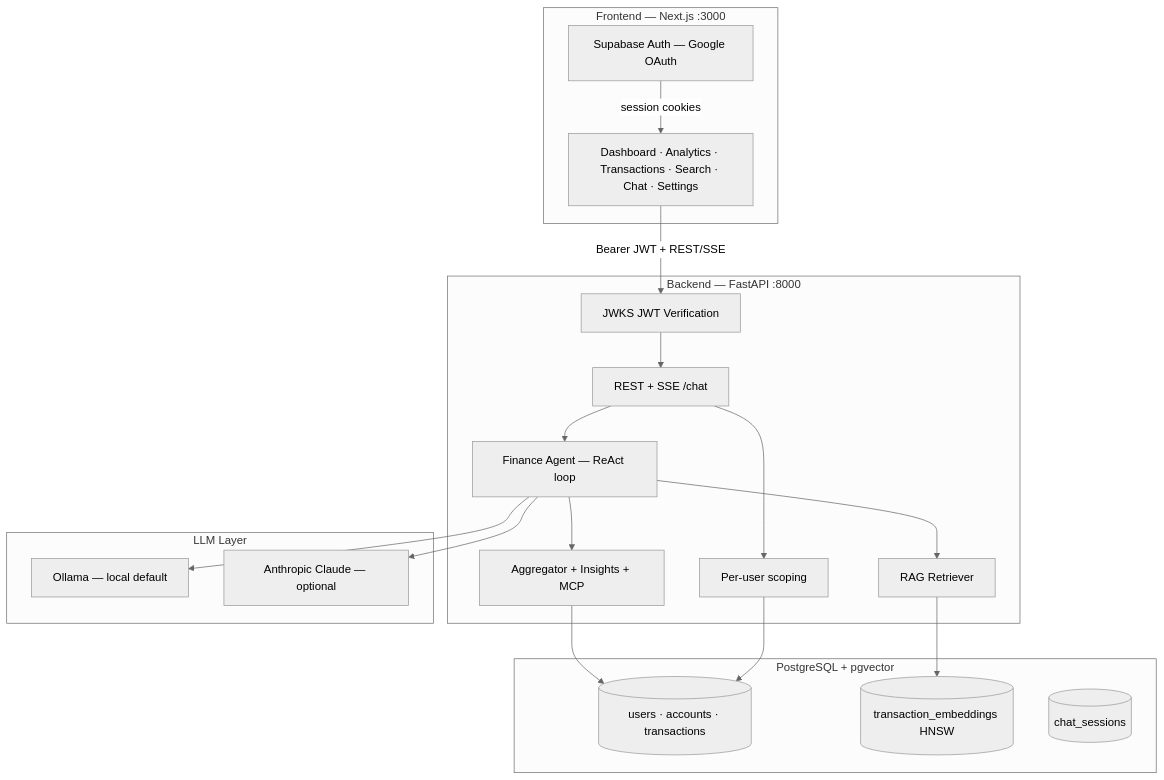
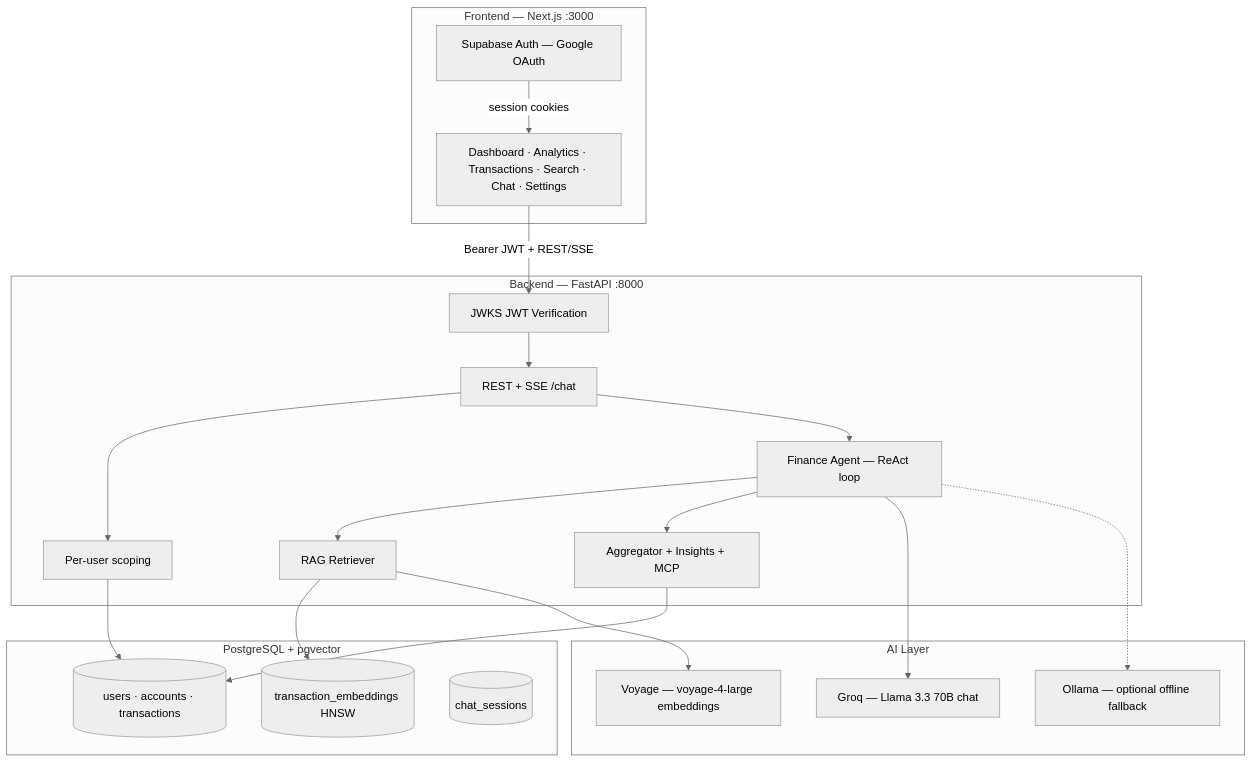
Before and after one commit to Arsalan-05/FinSight_AI: the diagram in DOCUMENTATION.md, drawn with Mermaid (neutral theme). The commit also changed other lines of this file and 5 other files, not shown here.

First line of the commit message:
docs: v1.5.0 — production primary, local dev workshop, Groq+Voyage stack

````diff
--- a/DOCUMENTATION.md
+++ b/DOCUMENTATION.md
@@ -162,40 +181,42 @@
 ```mermaid
 flowchart TB
     subgraph client [Frontend — Next.js :3000]
         UI[Dashboard · Analytics · Transactions · Search · Chat · Settings]
         AuthUI[Supabase Auth — Google OAuth]
     end
 
     subgraph api [Backend — FastAPI :8000]
         JWT[JWKS JWT Verification]
         Routes[REST + SSE /chat]
         Scope[Per-user scoping]
         Agent[Finance Agent — ReAct loop]
         RAG[RAG Retriever]
         Tools[Aggregator + Insights + MCP]
     end
 
     subgraph data [PostgreSQL + pgvector]
         Rel[(users · accounts · transactions)]
         Vec[(transaction_embeddings HNSW)]
         Sessions[(chat_sessions)]
     end
 
-    subgraph llm [LLM Layer]
-        Ollama[Ollama — local default]
-        Claude[Anthropic Claude — optional]
+    subgraph llm [AI Layer]
+        Groq[Groq — Llama 3.3 70B chat]
+        Voyage[Voyage — voyage-4-large embeddings]
+        Ollama[Ollama — optional offline fallback]
     end
 
     AuthUI -->|session cookies| UI
     UI -->|Bearer JWT + REST/SSE| JWT
     JWT --> Routes
     Routes --> Scope
     Scope --> Rel
     Routes --> Agent
     Agent --> RAG
     Agent --> Tools
     RAG --> Vec
     Tools --> Rel
-    Agent --> Ollama
-    Agent --> Claude
+    Agent --> Groq
+    RAG --> Voyage
+    Agent -.-> Ollama
 ```
````
